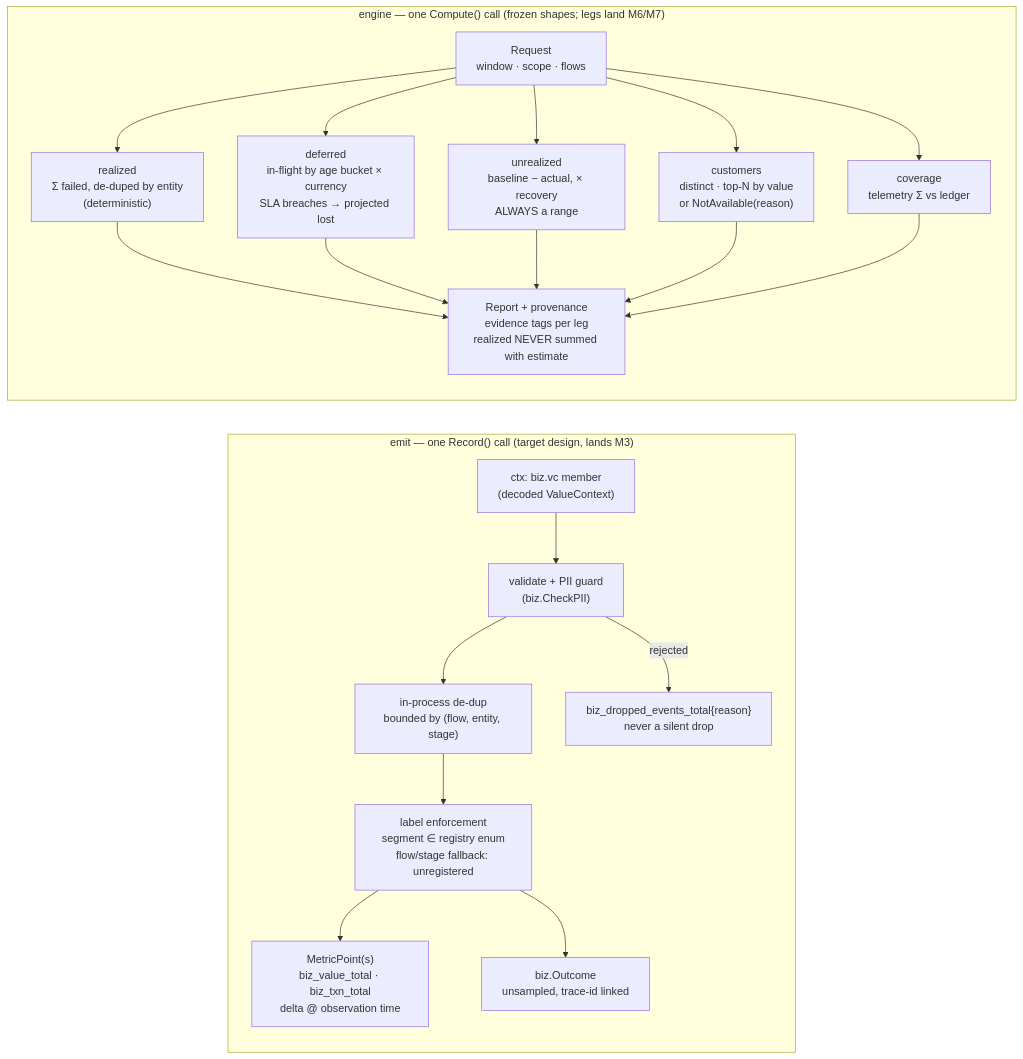
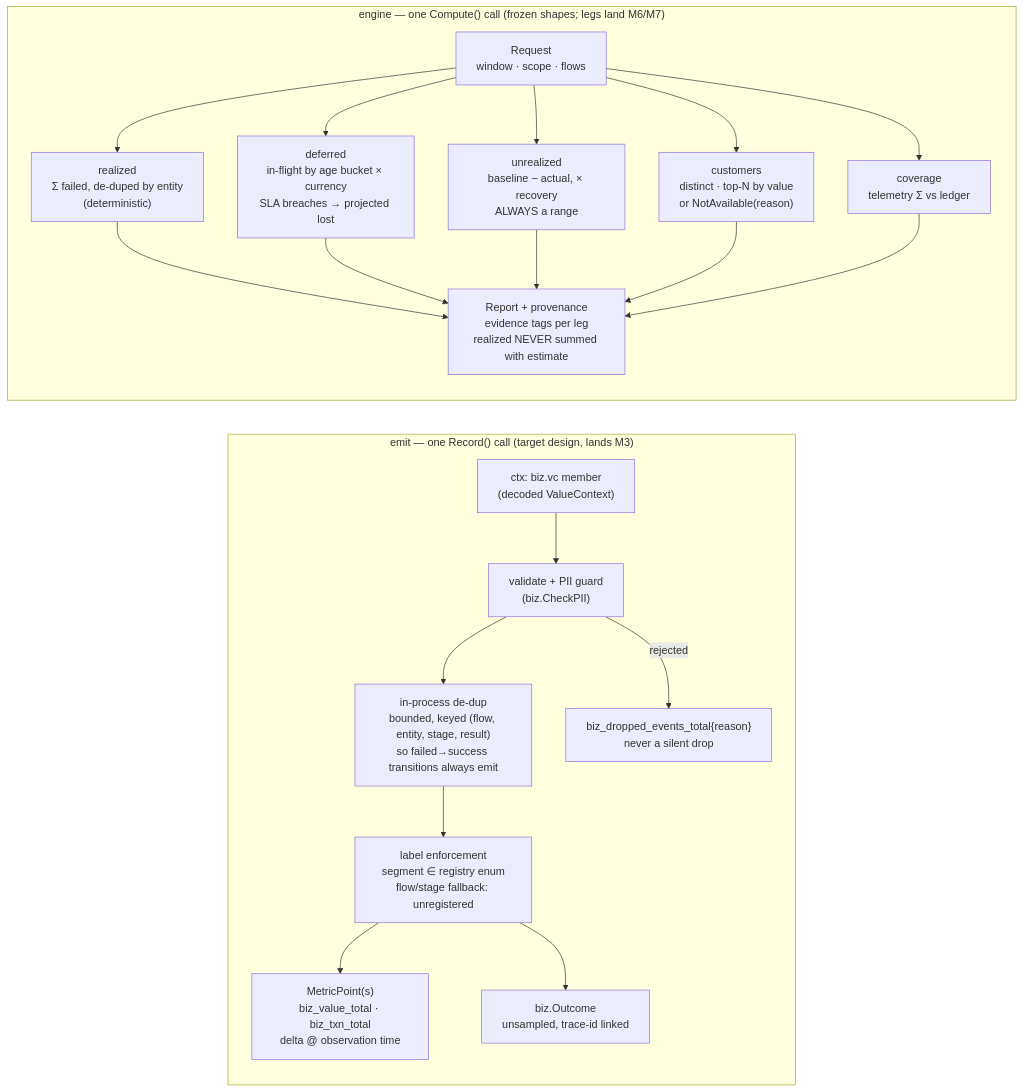
One commit to NightWatchEng/shortfall changed the diagram in docs/architecture/c4-l3-components.md. Above: the diagram before and after it, drawn with Mermaid. The commit also changed other lines of this file and 6 other files, not shown here.

````diff
--- a/docs/architecture/c4-l3-components.md
+++ b/docs/architecture/c4-l3-components.md
@@ -8,27 +8,27 @@
 ```mermaid
 flowchart LR
     subgraph capture["emit — one Record() call (target design, lands M3)"]
         CTX["ctx: biz.vc member<br/>(decoded ValueContext)"]
         VAL["validate + PII guard<br/>(biz.CheckPII)"]
-        DEDUP["in-process de-dup<br/>bounded by (flow, entity, stage)"]
+        DEDUP["in-process de-dup<br/>bounded, keyed (flow, entity, stage, result)<br/>so failed→success transitions always emit"]
         LABELS["label enforcement<br/>segment ∈ registry enum<br/>flow/stage fallback: unregistered"]
         MP["MetricPoint(s)<br/>biz_value_total · biz_txn_total<br/>delta @ observation time"]
         OUT["biz.Outcome<br/>unsampled, trace-id linked"]
         DROP["biz_dropped_events_total{reason}<br/>never a silent drop"]
     end
     CTX --> VAL --> DEDUP --> LABELS
     LABELS --> MP
     LABELS --> OUT
     VAL -->|rejected| DROP
 
     subgraph engine["engine — one Compute() call (frozen shapes; legs land M6/M7)"]
         REQ["Request<br/>window · scope · flows"]
         REAL["realized<br/>Σ failed, de-duped by entity<br/>(deterministic)"]
         DEF["deferred<br/>in-flight by age bucket × currency<br/>SLA breaches → projected lost"]
         UNREAL["unrealized<br/>baseline − actual, × recovery<br/>ALWAYS a range"]
         CUST["customers<br/>distinct · top-N by value<br/>or NotAvailable(reason)"]
         COV["coverage<br/>telemetry Σ vs ledger"]
         REP["Report + provenance<br/>evidence tags per leg<br/>realized NEVER summed with estimate"]
     end
     REQ --> REAL & DEF & UNREAL & CUST & COV --> REP
 ```
````
